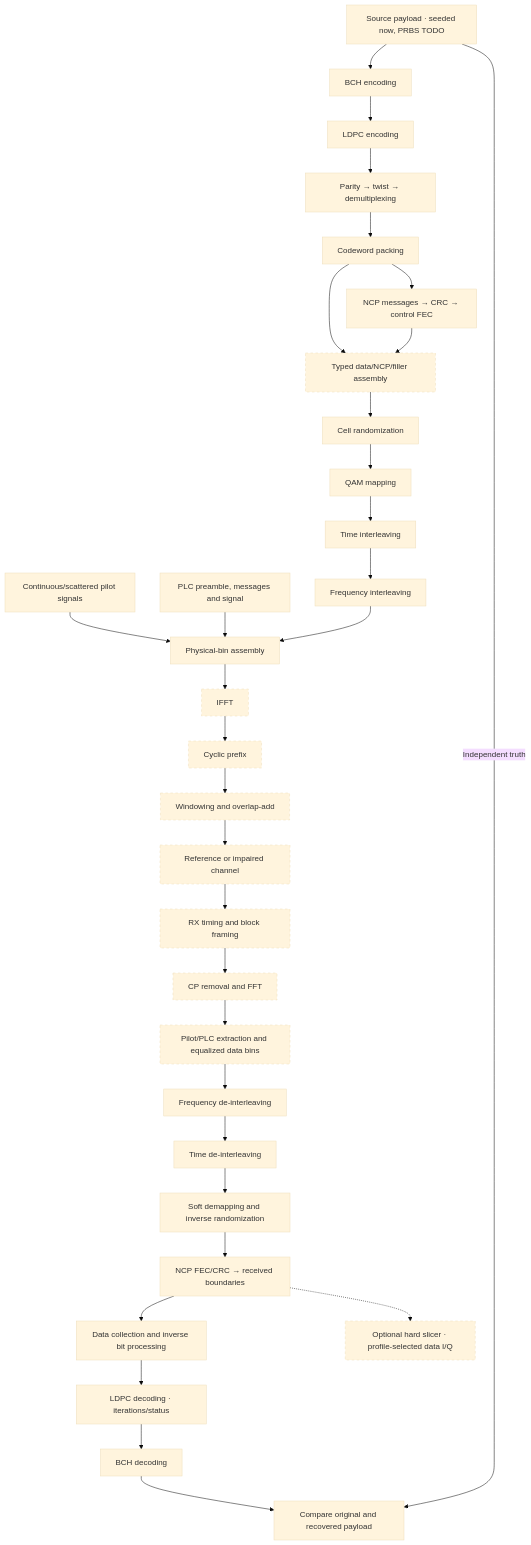
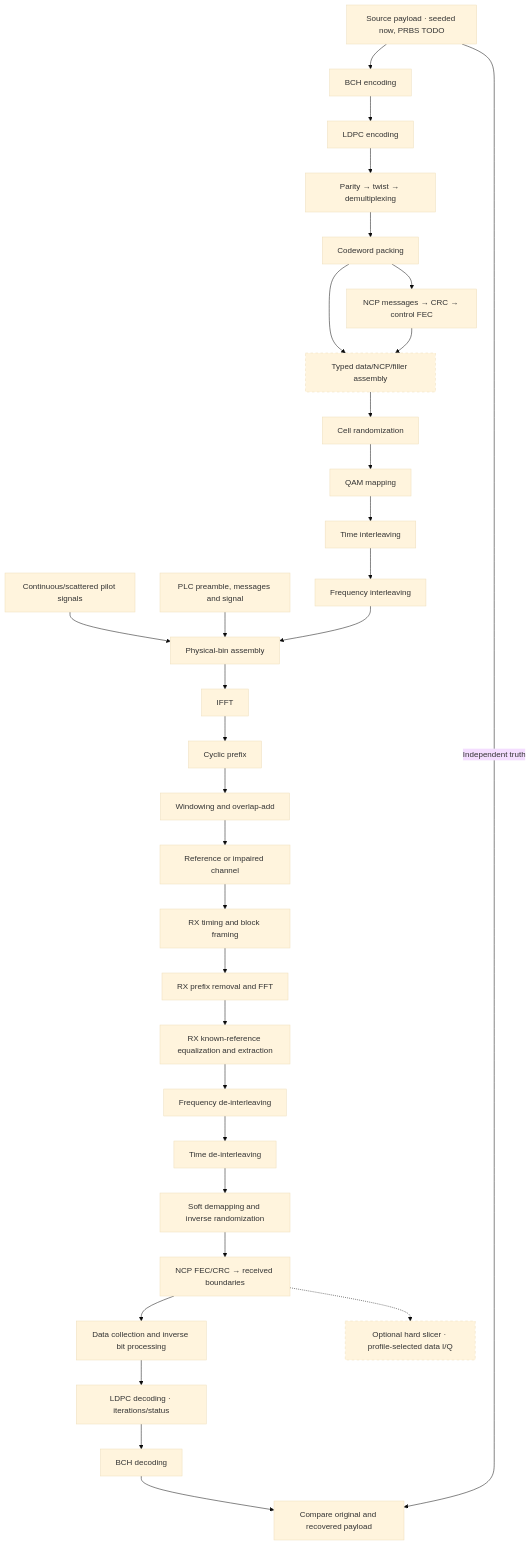
One commit to mgarcia01752/merlin changed the diagram in docs/architecture.md. Above: the diagram before and after it, drawn with Mermaid (base theme). The commit also changed other lines of this file and 64 other files, not shown here.

````diff
--- a/docs/architecture.md
+++ b/docs/architecture.md
@@ -121,27 +125,27 @@
 ```mermaid
 flowchart TB
     SOURCE["Source payload · seeded now, PRBS TODO"] --> BCH["BCH encoding"]
     BCH --> LDPC["LDPC encoding"] --> BITS["Parity → twist → demultiplexing"]
     BITS --> PACK["Codeword packing"]
     PACK --> NCP["NCP messages → CRC → control FEC"]
     PACK --> CELLS["Typed data/NCP/filler assembly"]
     NCP --> CELLS
     CELLS --> RAND["Cell randomization"] --> QAM["QAM mapping"]
     QAM --> TIME["Time interleaving"] --> FREQ["Frequency interleaving"]
     PILOTS["Continuous/scattered pilot signals"] --> FRAME["Physical-bin assembly"]
     PLC["PLC preamble, messages and signal"] --> FRAME
     FREQ --> FRAME --> IFFT["IFFT"] --> CP["Cyclic prefix"]
     CP --> WINDOW["Windowing and overlap-add"] --> CHANNEL["Reference or impaired channel"]
-    CHANNEL --> TIMING["RX timing and block framing"] --> FFT["CP removal and FFT"]
-    FFT --> EQ["Pilot/PLC extraction and equalized data bins"]
+    CHANNEL --> TIMING["RX timing and block framing"] --> FFT["RX prefix removal and FFT"]
+    FFT --> EQ["RX known-reference equalization and extraction"]
     EQ --> INVF["Frequency de-interleaving"] --> INVT["Time de-interleaving"]
     INVT --> DEMAP["Soft demapping and inverse randomization"]
     DEMAP --> NCPRX["NCP FEC/CRC → received boundaries"]
     NCPRX --> BITRX["Data collection and inverse bit processing"]
     BITRX --> LDPCDEC["LDPC decoding · iterations/status"]
     LDPCDEC --> BCHDEC["BCH decoding"] --> TRUTH["Compare original and recovered payload"]
     SOURCE -->|"Independent truth"| TRUTH
     NCPRX -.-> SLICER["Optional hard slicer · profile-selected data I/Q"]
     classDef planned stroke-dasharray: 5 5;
-    class CELLS,IFFT,CP,WINDOW,CHANNEL,TIMING,FFT,EQ,SLICER planned;
+    class CELLS,SLICER planned;
 ```
````
